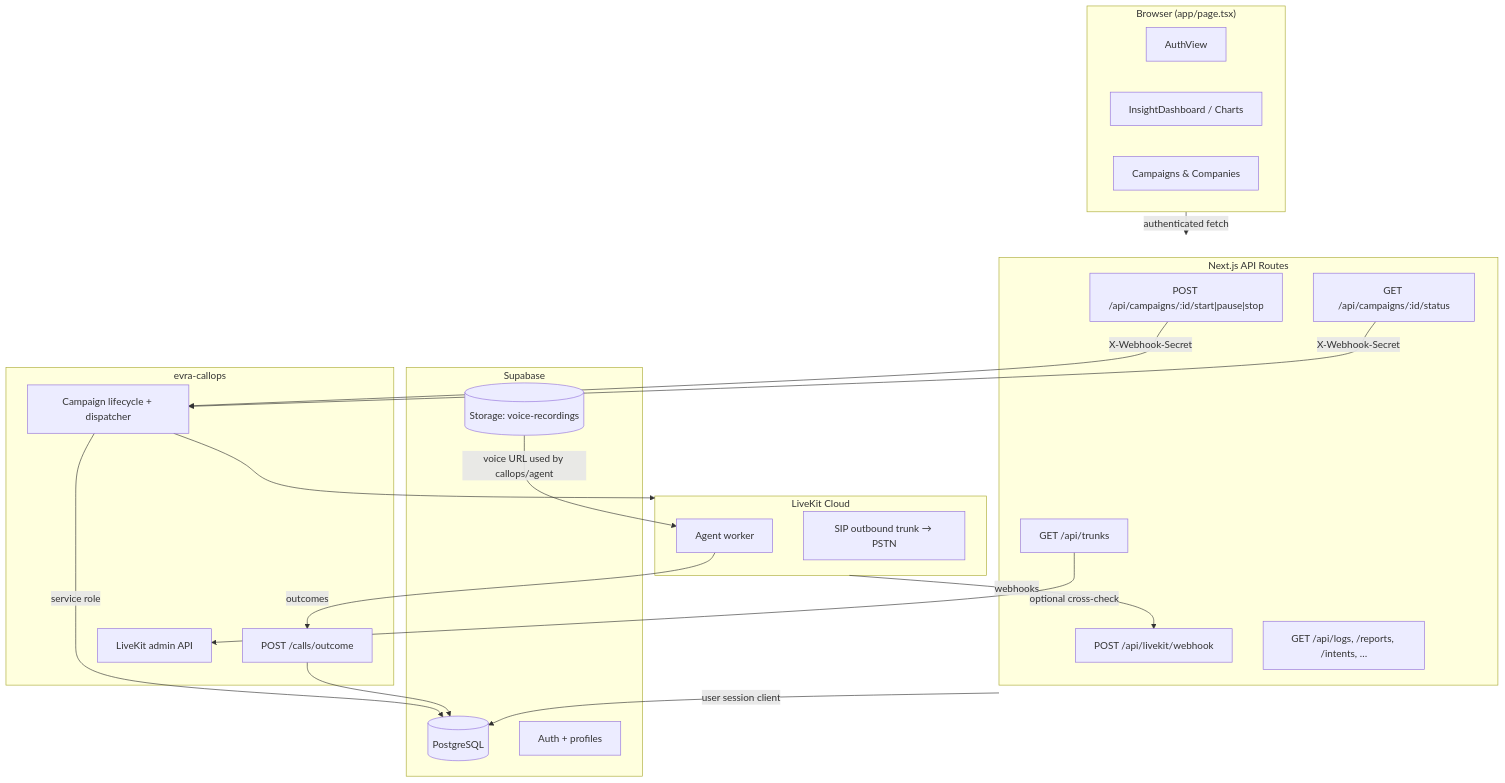
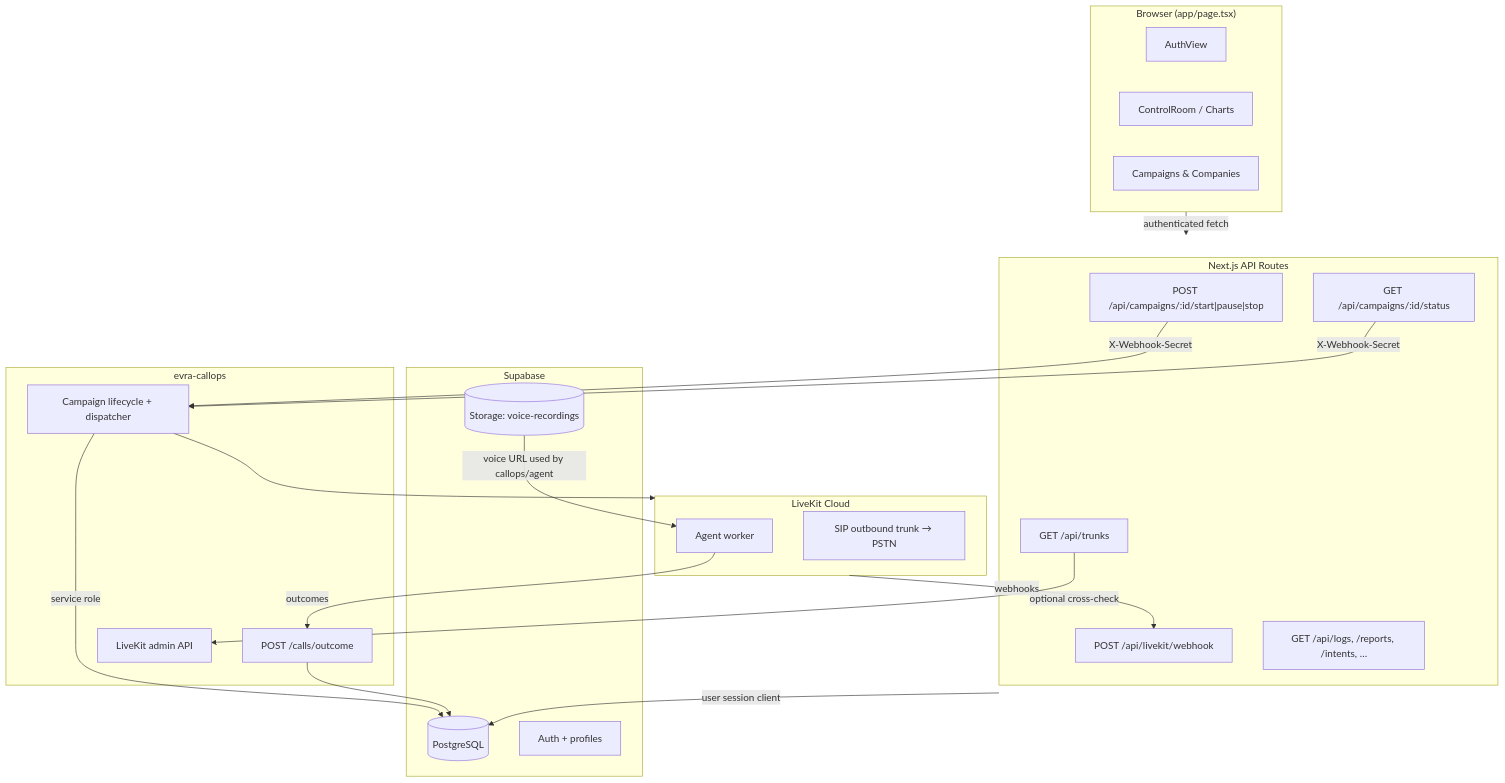
Before and after one commit to GhostAI-Core/agent-avm-interface: the diagram in README.md, drawn with Mermaid. The commit also changed other lines of this file and 2 other files, not shown here.

Commit message:
docs: document current control room and report proxies

````diff
--- a/README.md
+++ b/README.md
@@ -18,45 +18,45 @@
 ```mermaid
 flowchart TB
   subgraph UI["Browser (app/page.tsx)"]
     Auth[AuthView]
-    Dash[InsightDashboard / Charts]
+    Dash[ControlRoom / Charts]
     Camp[Campaigns & Companies]
   end
 
   subgraph API["Next.js API Routes"]
     Life["POST /api/campaigns/:id/start|pause|stop"]
     Stat["GET /api/campaigns/:id/status"]
     WH["POST /api/livekit/webhook"]
     Trunks["GET /api/trunks"]
     Read["GET /api/logs, /reports, /intents, …"]
   end
 
   subgraph SB["Supabase"]
     DB[(PostgreSQL)]
     Store[(Storage: voice-recordings)]
     AuthN[Auth + profiles]
   end
 
   subgraph CO["evra-callops"]
     Orchestrator[Campaign lifecycle + dispatcher]
     Outcome["POST /calls/outcome"]
     LKAdmin["LiveKit admin API"]
   end
 
   subgraph LK["LiveKit Cloud"]
     Agent[Agent worker]
     SIP[SIP outbound trunk → PSTN]
   end
 
   UI -->|authenticated fetch| API
   API -->|user session client| DB
   Life -->|X-Webhook-Secret| Orchestrator
   Stat -->|X-Webhook-Secret| Orchestrator
   Trunks -->|optional cross-check| LKAdmin
   Orchestrator -->|service role| DB
   Orchestrator --> LK
   LK -->|webhooks| WH
   Agent -->|outcomes| Outcome
   Outcome --> DB
   Store -->|voice URL used by callops/agent| Agent
 ```
````
